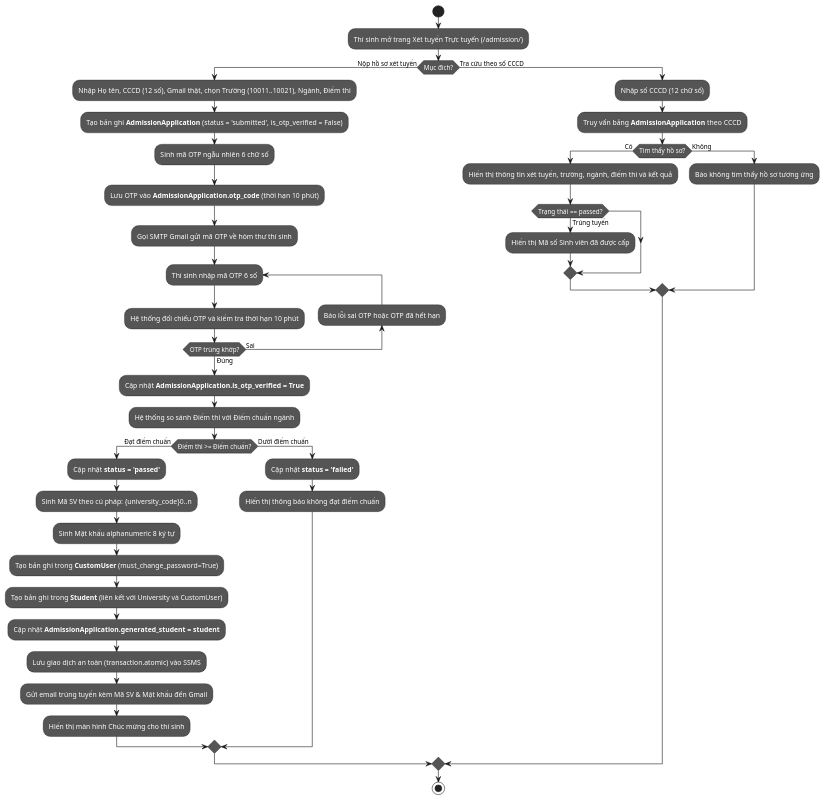
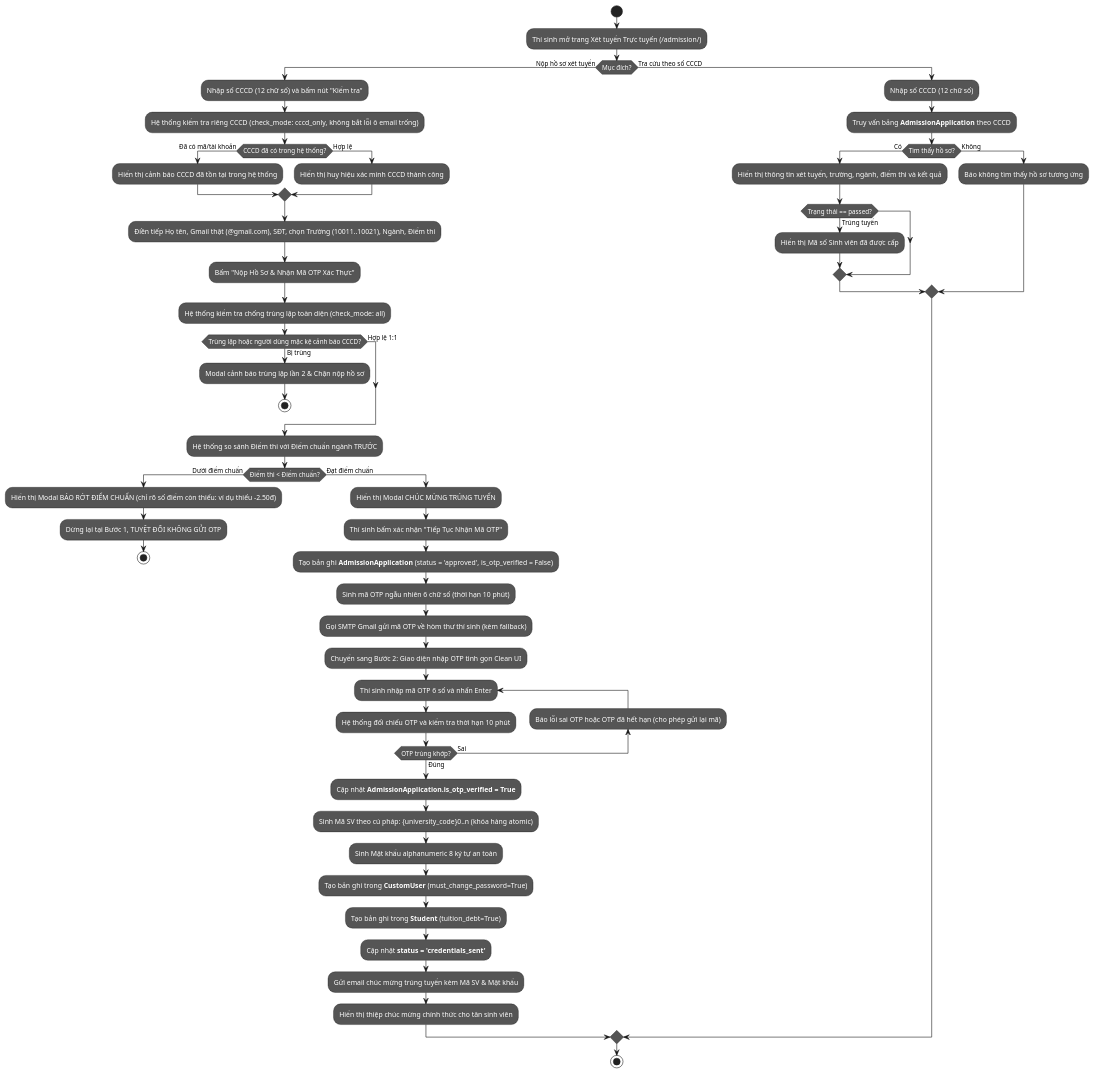
The fifth of 5 diagrams in docs/ActivityDiagram.md (NguyenHao1312/DO_NGUYEN_HAO-24CT1-CNPM), drawn with PlantUML before and after one commit. The commit also changed other lines of this file and 5 other files, not shown here.

Commit message:
docs: update system diagrams, sequence flows, activity flows, and README documentation

````diff
--- a/docs/ActivityDiagram.md
+++ b/docs/ActivityDiagram.md
@@ -211,61 +228,77 @@
 ```plantuml
 @startuml
 skinparam activity {
   BackgroundColor #555555
   FontColor White
   BorderColor Black
 }
 skinparam activityDiamond {
   BackgroundColor #555555
   FontColor White
   BorderColor Black
 }
 start
 :Thí sinh mở trang Xét tuyển Trực tuyến (/admission/);
 
 if (Mục đích?) then (Nộp hồ sơ xét tuyển)
-  :Nhập Họ tên, CCCD (12 số), Gmail thật, chọn Trường (10011..10021), Ngành, Điểm thi;
-  :Tạo bản ghi **AdmissionApplication** (status = 'submitted', is_otp_verified = False);
-  :Sinh mã OTP ngẫu nhiên 6 chữ số;
-  :Lưu OTP vào **AdmissionApplication.otp_code** (thời hạn 10 phút);
-  :Gọi SMTP Gmail gửi mã OTP về hòm thư thí sinh;
+  :Nhập số CCCD (12 chữ số) và bấm nút "Kiểm tra";
+  :Hệ thống kiểm tra riêng CCCD (check_mode: cccd_only, không bắt lỗi ô email trống);
+  if (CCCD đã có trong hệ thống?) then (Đã có mã/tài khoản)
+    :Hiển thị cảnh báo CCCD đã tồn tại trong hệ thống;
+  else (Hợp lệ)
+    :Hiển thị huy hiệu xác minh CCCD thành công;
+  endif
 
-  repeat :Thí sinh nhập mã OTP 6 số;
-    :Hệ thống đối chiếu OTP và kiểm tra thời hạn 10 phút;
-  backward:Báo lỗi sai OTP hoặc OTP đã hết hạn;
-  repeat while (OTP trùng khớp?) is (Sai) not (Đúng)
+  :Điền tiếp Họ tên, Gmail thật (@gmail.com), SĐT, chọn Trường (10011..10021), Ngành, Điểm thi;
+  :Bấm "Nộp Hồ Sơ & Nhận Mã OTP Xác Thực";
+  :Hệ thống kiểm tra chống trùng lặp toàn diện (check_mode: all);
+  if (Trùng lặp hoặc người dùng mặc kệ cảnh báo CCCD?) then (Bị trùng)
+    :Modal cảnh báo trùng lặp lần 2 & Chặn nộp hồ sơ;
+    stop
+  else (Hợp lệ 1:1)
+  endif
 
-  :Cập nhật **AdmissionApplication.is_otp_verified = True**;
-  
-  :Hệ thống so sánh Điểm thi với Điểm chuẩn ngành;
-  if (Điểm thi >= Điểm chuẩn?) then (Đạt điểm chuẩn)
-    :Cập nhật **status = 'passed'**;
-    :Sinh Mã SV theo cú pháp: {university_code}0..n;
-    :Sinh Mật khẩu alphanumeric 8 ký tự;
+  :Hệ thống so sánh Điểm thi với Điểm chuẩn ngành TRƯỚC;
+  if (Điểm thi < Điểm chuẩn?) then (Dưới điểm chuẩn)
+    :Hiển thị Modal BÁO RỚT ĐIỂM CHUẨN (chỉ rõ số điểm còn thiếu: ví dụ thiếu -2.50đ);
+    :Dừng lại tại Bước 1, TUYỆT ĐỐI KHÔNG GỬI OTP;
+    stop
+  else (Đạt điểm chuẩn)
+    :Hiển thị Modal CHÚC MỪNG TRÚNG TUYỂN;
+    :Thí sinh bấm xác nhận "Tiếp Tục Nhận Mã OTP";
+    :Tạo bản ghi **AdmissionApplication** (status = 'approved', is_otp_verified = False);
+    :Sinh mã OTP ngẫu nhiên 6 chữ số (thời hạn 10 phút);
+    :Gọi SMTP Gmail gửi mã OTP về hòm thư thí sinh (kèm fallback);
+    :Chuyển sang Bước 2: Giao diện nhập OTP tinh gọn Clean UI;
+
+    repeat :Thí sinh nhập mã OTP 6 số và nhấn Enter;
+      :Hệ thống đối chiếu OTP và kiểm tra thời hạn 10 phút;
+    backward:Báo lỗi sai OTP hoặc OTP đã hết hạn (cho phép gửi lại mã);
+    repeat while (OTP trùng khớp?) is (Sai) not (Đúng)
+
+    :Cập nhật **AdmissionApplication.is_otp_verified = True**;
+    :Sinh Mã SV theo cú pháp: {university_code}0..n (khóa hàng atomic);
+    :Sinh Mật khẩu alphanumeric 8 ký tự an toàn;
     :Tạo bản ghi trong **CustomUser** (must_change_password=True);
-    :Tạo bản ghi trong **Student** (liên kết với University và CustomUser);
-    :Cập nhật **AdmissionApplication.generated_student = student**;
-    :Lưu giao dịch an toàn (transaction.atomic) vào SSMS;
-    :Gửi email trúng tuyển kèm Mã SV & Mật khẩu đến Gmail;
-    :Hiển thị màn hình Chúc mừng cho thí sinh;
-  else (Dưới điểm chuẩn)
-    :Cập nhật **status = 'failed'**;
-    :Hiển thị thông báo không đạt điểm chuẩn;
+    :Tạo bản ghi trong **Student** (tuition_debt=True);
+    :Cập nhật **status = 'credentials_sent'**;
+    :Gửi email chúc mừng trúng tuyển kèm Mã SV & Mật khẩu;
+    :Hiển thị thiệp chúc mừng chính thức cho tân sinh viên;
   endif
 
 else (Tra cứu theo số CCCD)
   :Nhập số CCCD (12 chữ số);
   :Truy vấn bảng **AdmissionApplication** theo CCCD;
   if (Tìm thấy hồ sơ?) then (Có)
     :Hiển thị thông tin xét tuyển, trường, ngành, điểm thi và kết quả;
     if (Trạng thái == passed?) then (Trúng tuyển)
       :Hiển thị Mã số Sinh viên đã được cấp;
     endif
   else (Không)
     :Báo không tìm thấy hồ sơ tương ứng;
   endif
 endif
 
 stop
 @enduml
 ```
````
